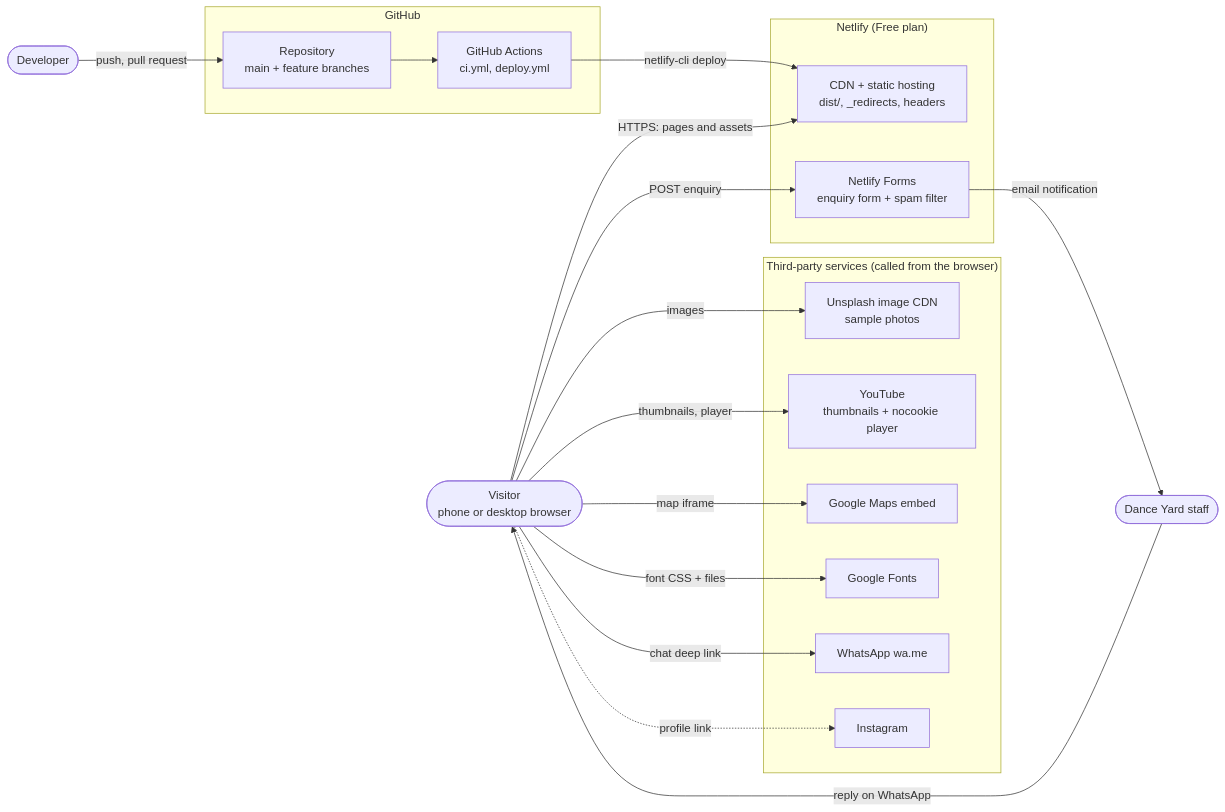
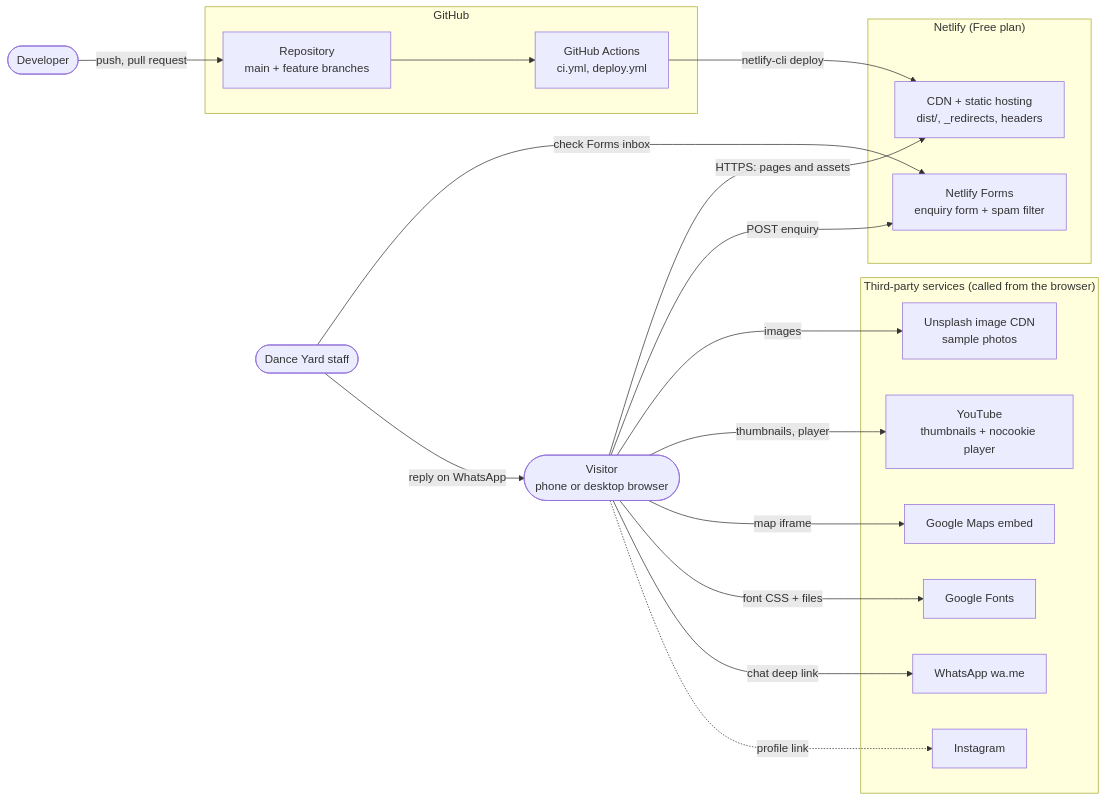
The first of 21 diagrams in docs/tech-spec/technical-spec.md (surajrahade27/Danceyard87Portfolio), drawn with Mermaid before and after one commit. The commit also changed other lines of this file and 6 other files, not shown here.

````diff
--- a/docs/tech-spec/technical-spec.md
+++ b/docs/tech-spec/technical-spec.md
@@ -127,39 +127,39 @@
 ```mermaid
 flowchart LR
   visitor(["Visitor<br/>phone or desktop browser"])
   staff(["Dance Yard staff"])
   dev(["Developer"])
 
   subgraph netlify["Netlify (Free plan)"]
     cdn["CDN + static hosting<br/>dist/, _redirects, headers"]
     forms["Netlify Forms<br/>enquiry form + spam filter"]
   end
 
   subgraph github["GitHub"]
     repo["Repository<br/>main + feature branches"]
     actions["GitHub Actions<br/>ci.yml, deploy.yml"]
   end
 
   subgraph third["Third-party services (called from the browser)"]
     unsplash["Unsplash image CDN<br/>sample photos"]
     yt["YouTube<br/>thumbnails + nocookie player"]
     maps["Google Maps embed"]
     fonts["Google Fonts"]
     wa["WhatsApp wa.me"]
     ig["Instagram"]
   end
 
   visitor -- "HTTPS: pages and assets" --> cdn
   visitor -- "POST enquiry" --> forms
   visitor -- "images" --> unsplash
   visitor -- "thumbnails, player" --> yt
   visitor -- "map iframe" --> maps
   visitor -- "font CSS + files" --> fonts
   visitor -- "chat deep link" --> wa
   visitor -. "profile link" .-> ig
-  forms -- "email notification" --> staff
+  staff -- "check Forms inbox" --> forms
   staff -- "reply on WhatsApp" --> visitor
   dev -- "push, pull request" --> repo
   repo --> actions
   actions -- "netlify-cli deploy" --> cdn
 ```
````
